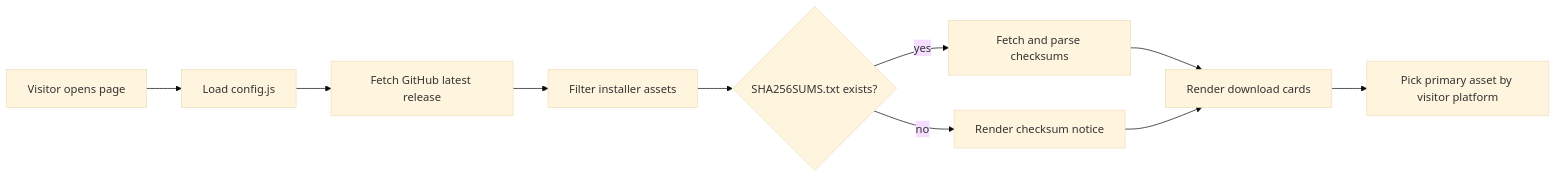
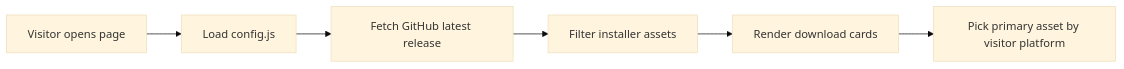
Before and after one commit to GachonCapstone4/Download_Page: the first of 2 diagrams in README.md, drawn with Mermaid (base theme). The commit also changed other lines of this file and 3 other files, not shown here.

````diff
--- a/README.md
+++ b/README.md
@@ -99,12 +85,8 @@
 ```mermaid
 flowchart LR
     A[Visitor opens page] --> B[Load config.js]
     B --> C[Fetch GitHub latest release]
     C --> D[Filter installer assets]
-    D --> E{SHA256SUMS.txt exists?}
-    E -->|yes| F[Fetch and parse checksums]
-    E -->|no| G[Render checksum notice]
-    F --> H[Render download cards]
-    G --> H
-    H --> I[Pick primary asset by visitor platform]
+    D --> E[Render download cards]
+    E --> F[Pick primary asset by visitor platform]
 ```
````
